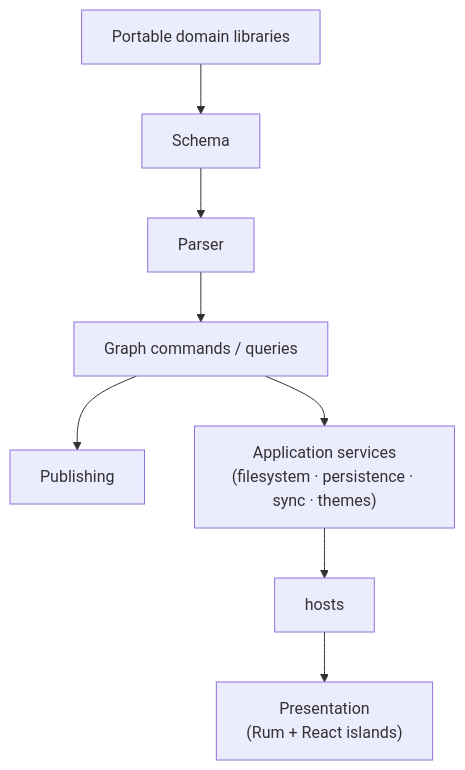
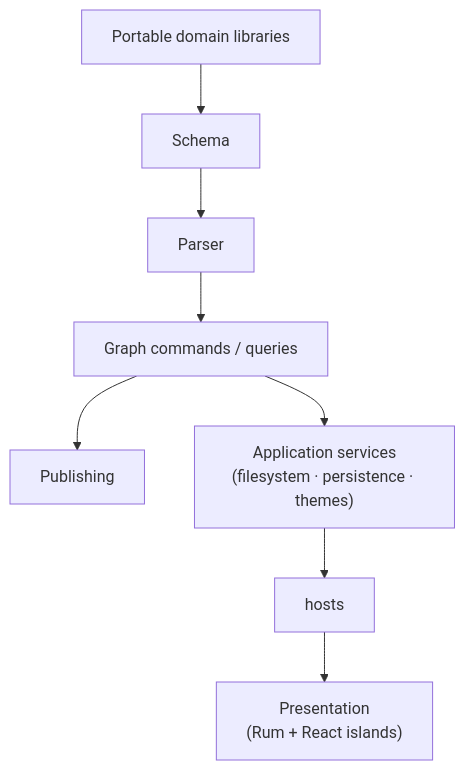
Before and after one commit to talal/logseq-og: the diagram in docs/assessment.md, drawn with Mermaid. The commit also changed other lines of this file and 121 other files, not shown here.

````diff
--- a/docs/assessment.md
+++ b/docs/assessment.md
@@ -136,13 +136,13 @@
 ```mermaid
 flowchart TB
     domain["Portable domain libraries"]
     schema["Schema"]
     parser["Parser"]
     queries["Graph commands / queries"]
     publishing["Publishing"]
-    services["Application services<br>(filesystem · persistence · sync · themes)"]
+    services["Application services<br>(filesystem · persistence · themes)"]
     presentation["Presentation<br>(Rum + React islands)"]
 
     domain --> schema --> parser --> queries --> publishing
     queries --> services --> hosts --> presentation
 ```
````
